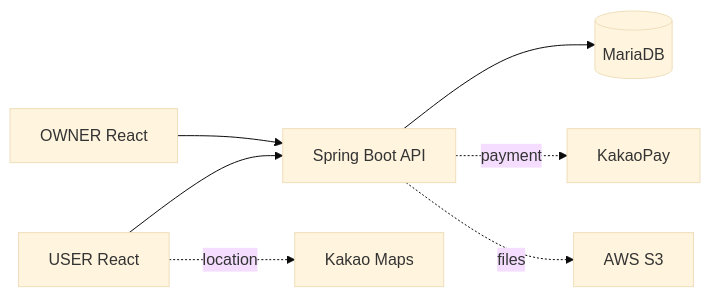
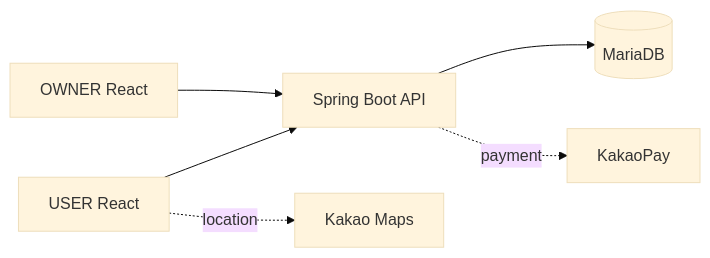
The diagram in README.md (minjuko/ppodeuk-user-frontend), drawn with Mermaid (base theme) before and after one commit. The commit also changed other lines of this file, not shown here.

Commit message:
docs: README USER Frontend 기여 범위와 검증 근거 중심으로 정리

````diff
--- a/README.md
+++ b/README.md
@@ -98,9 +74,8 @@
 ```mermaid
 flowchart LR
-  USER[USER React] --> API[Spring Boot API]
-  OWNER[OWNER React] --> API
-  API --> DB[(MariaDB)]
-  USER -. location .-> MAP[Kakao Maps]
-  API -. payment .-> PAY[KakaoPay]
-  API -. files .-> STORE[AWS S3]
+  U["USER React"] --> API["Spring Boot API"]
+  O["OWNER React"] --> API
+  API --> DB[("MariaDB")]
+  U -. "location" .-> MAP["Kakao Maps"]
+  API -. "payment" .-> PAY["KakaoPay"]
 ```
````
